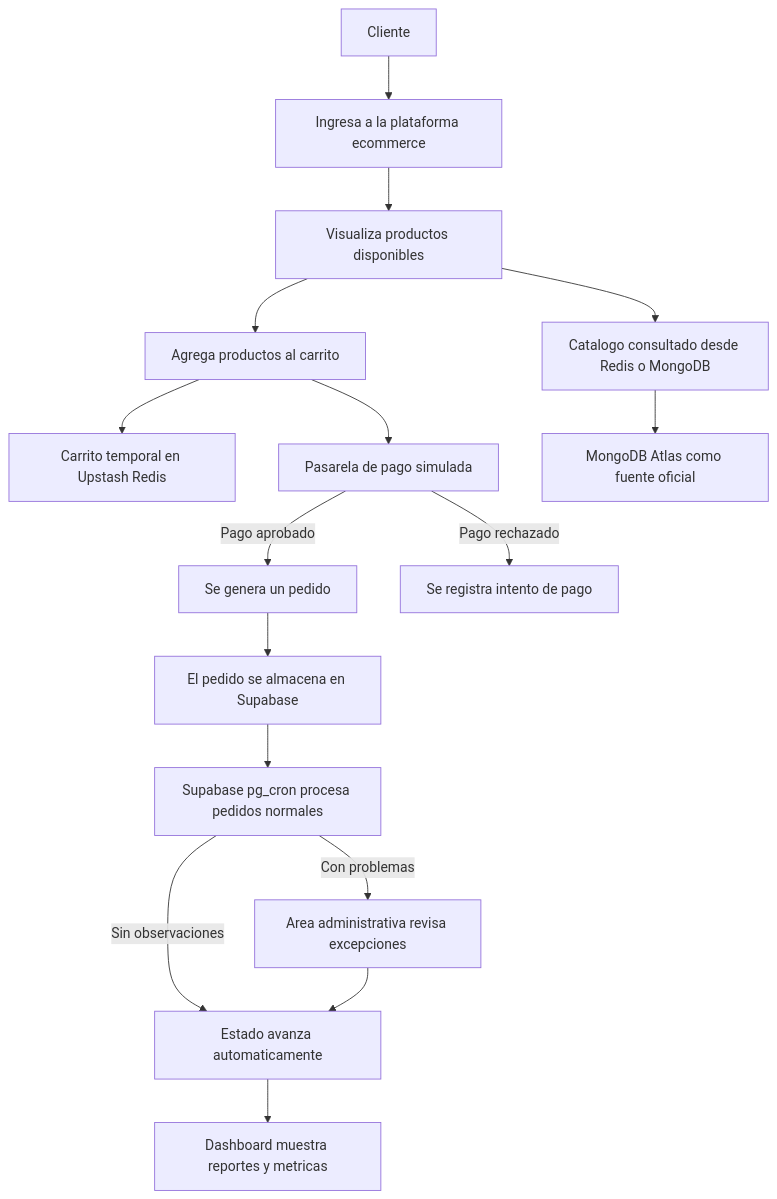
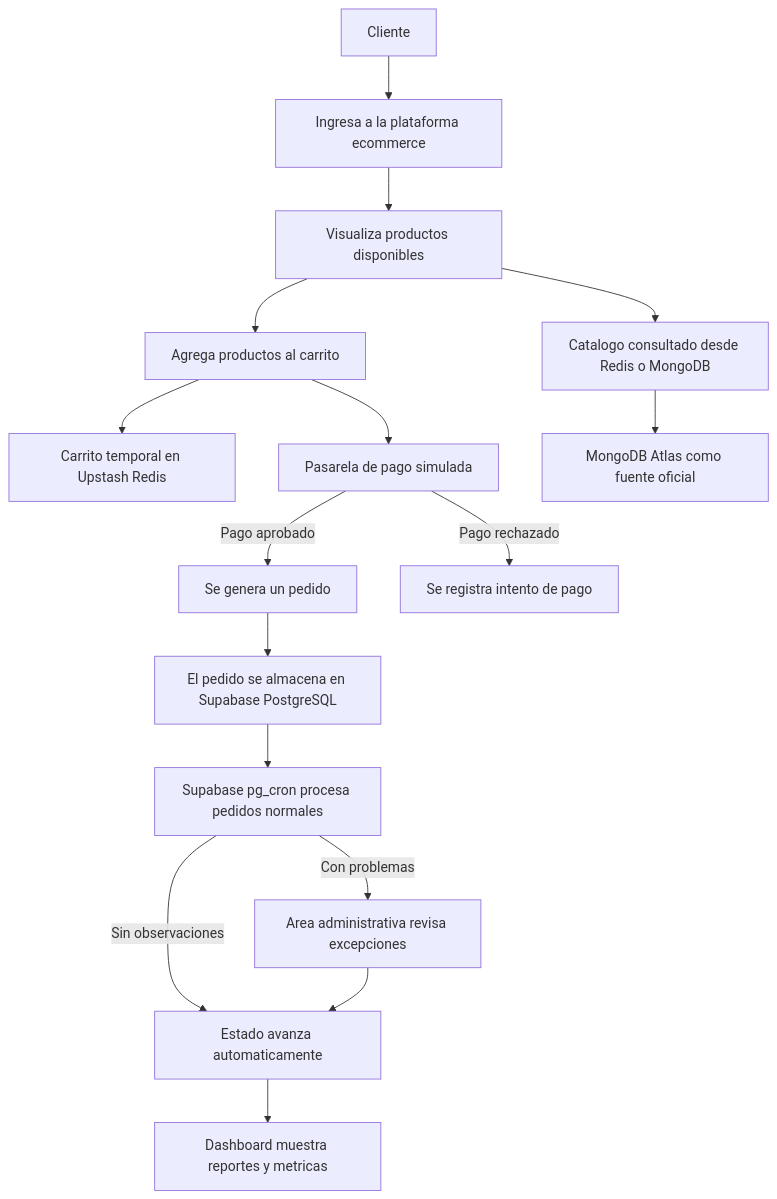
Before and after one commit to jbaldeon365/Proyecto-E-commerce-demo-1: the diagram in README.md, drawn with Mermaid. The commit also changed other lines of this file and 1 other file, not shown here.

````diff
--- a/README.md
+++ b/README.md
@@ -244,18 +211,18 @@
 ```mermaid
 flowchart TD
     A[Cliente] --> B[Ingresa a la plataforma ecommerce]
     B --> C[Visualiza productos disponibles]
     C --> D[Agrega productos al carrito]
     D --> R[Carrito temporal en Upstash Redis]
     D --> E[Pasarela de pago simulada]
     E -->|Pago aprobado| F[Se genera un pedido]
     E -->|Pago rechazado| P[Se registra intento de pago]
-    F --> G[El pedido se almacena en Supabase]
+    F --> G[El pedido se almacena en Supabase PostgreSQL]
     C --> H[Catalogo consultado desde Redis o MongoDB]
     H --> M[MongoDB Atlas como fuente oficial]
     G --> A1[Supabase pg_cron procesa pedidos normales]
     A1 -->|Sin observaciones| J[Estado avanza automaticamente]
     A1 -->|Con problemas| I[Area administrativa revisa excepciones]
     I --> J
     J --> K[Dashboard muestra reportes y metricas]
 ```
````
